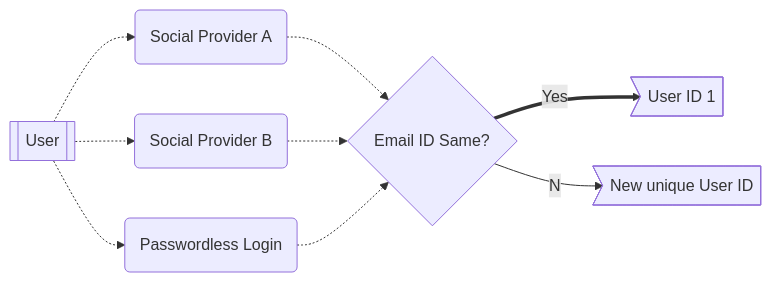
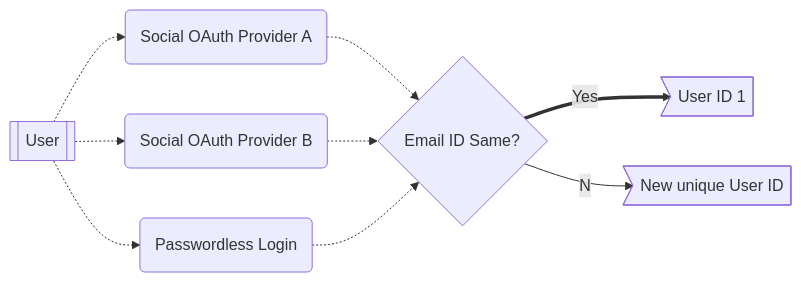
Before and after one commit to shaloo/docs.arcana: the diagram in docs/concepts/authtype/aggregatelogin.md, drawn with Mermaid. The commit also changed other lines of this file and 53 other files, not shown here.

Commit message:
Update terminology as suggested by Aravindh - social OAuth provider, IAM provider and in future custom OAuth provider

````diff
--- a/docs/concepts/authtype/aggregatelogin.md
+++ b/docs/concepts/authtype/aggregatelogin.md
@@ -18,7 +18,7 @@
 ```mermaid
 graph LR
-  A\[[User]] -.-> B(Social Provider A) -.-> E{Email ID Same?} ==Yes==> F>User ID 1];
+  A\[[User]] -.-> B(Social OAuth Provider A) -.-> E{Email ID Same?} ==Yes==> F>User ID 1];
   E{Email ID Same?} ==No==> G>New unique User ID];
-  A\[[User]] -.-> M(Social Provider B) -.-> E{Email ID Same?};
+  A\[[User]] -.-> M(Social OAuth Provider B) -.-> E{Email ID Same?};
   A\[[User]] -.-> C(Passwordless Login) -.-> E{Email ID Same?};
 ```
````
